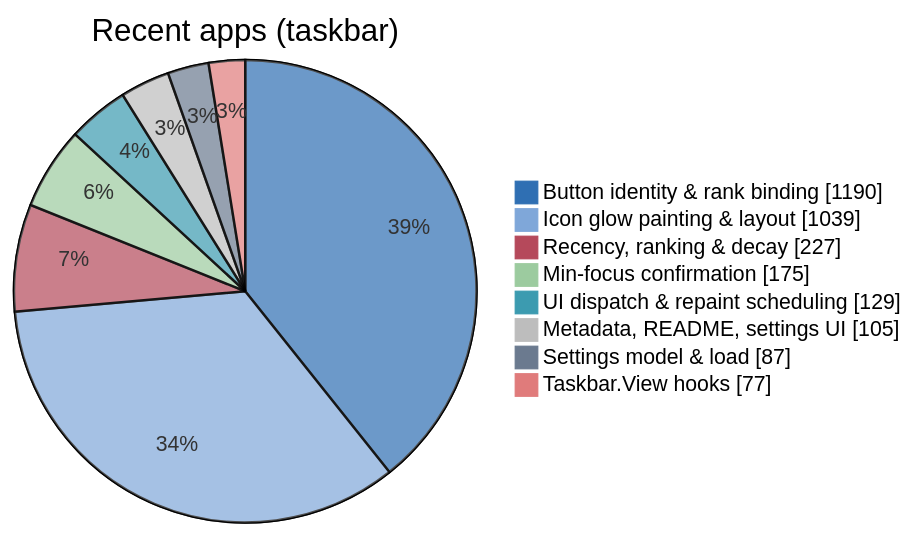
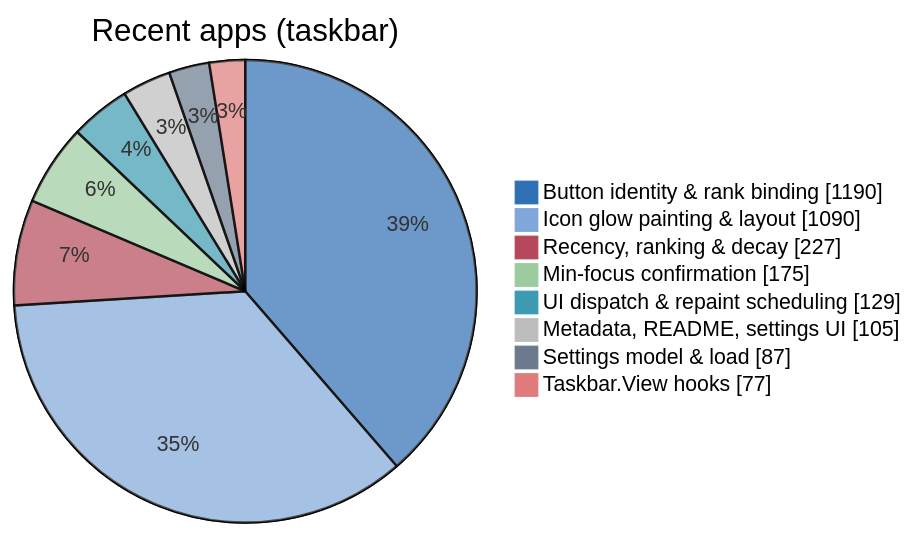
The third of 5 diagrams in doc/code/code-breakdown.md (jvlasek/taskbar-recent-focus-highlight), drawn with Mermaid before and after one commit. The commit also changed other lines of this file and 5 other files, not shown here.

````diff
--- a/doc/code/code-breakdown.md
+++ b/doc/code/code-breakdown.md
@@ -119,12 +119,12 @@
 ```mermaid
 %%{init: {"themeVariables": {"pie1": "#2F6FB3", "pie2": "#7FA7D9", "pie3": "#B5495B", "pie4": "#9CCB9F", "pie5": "#3C9BB0", "pie6": "#BDBDBD", "pie7": "#6B7A8F", "pie8": "#E07B7B", "pieOuterStrokeWidth": "1px"}}}%%
 pie showData title Recent apps (taskbar)
     "Button identity & rank binding" : 1190
-    "Icon glow painting & layout" : 1039
+    "Icon glow painting & layout" : 1090
     "Recency, ranking & decay" : 227
     "Min-focus confirmation" : 175
     "UI dispatch & repaint scheduling" : 129
     "Metadata, README, settings UI" : 105
     "Settings model & load" : 87
     "Taskbar.View hooks" : 77
 ```
````
